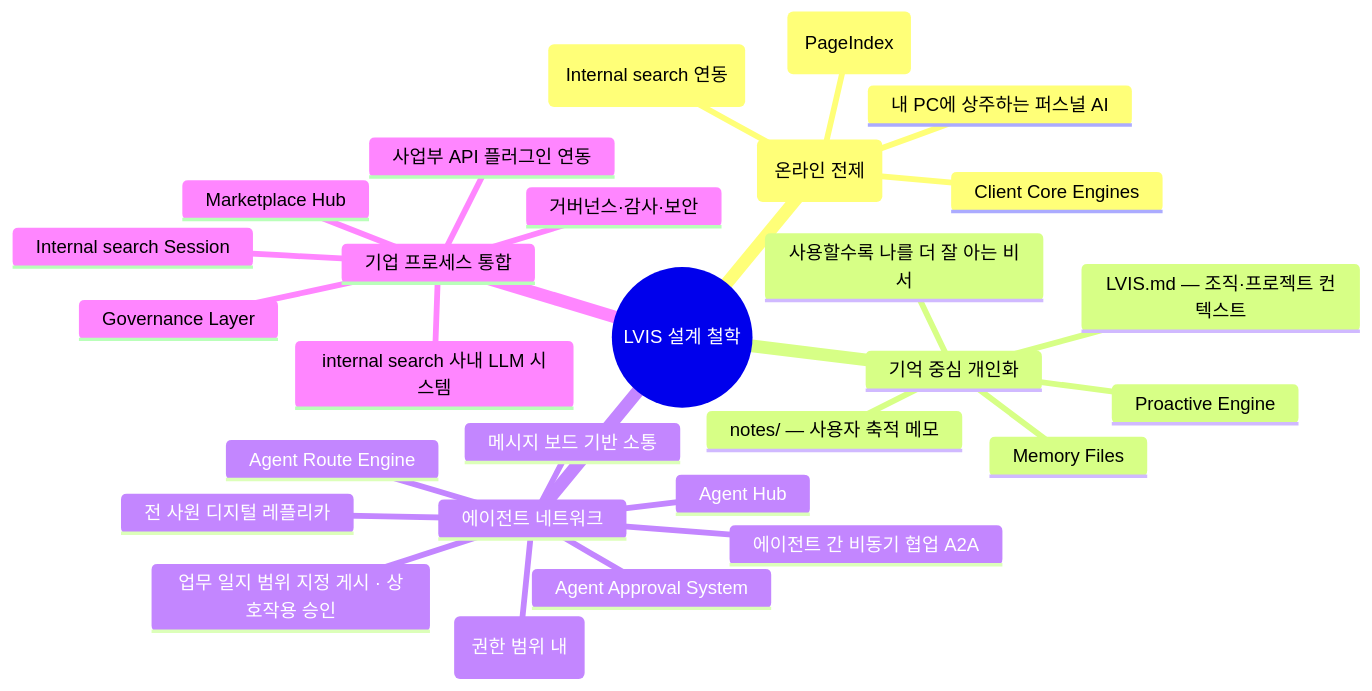
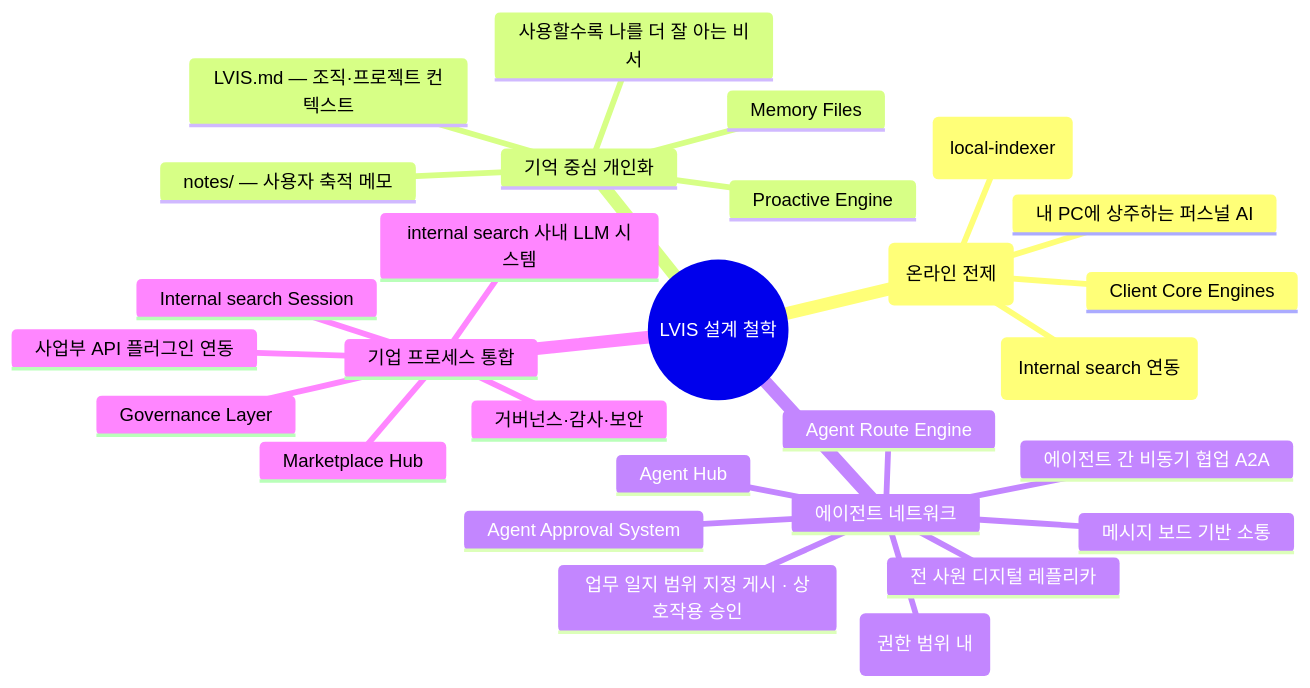
The first of 45 diagrams in docs/architecture/architecture.md (lvis-project/lvis-app), drawn with Mermaid before and after one commit. The commit also changed other lines of this file and 16 other files, not shown here.

First line of the commit message:
refactor: rename plugin references pageindex → local-indexer (#504)

````diff
--- a/docs/architecture/architecture.md
+++ b/docs/architecture/architecture.md
@@ -45,31 +45,31 @@
 ```mermaid
 mindmap
   root((LVIS 설계 철학))
     설치형·로컬 기반 (온라인 전제)
       내 PC에 상주하는 퍼스널 AI
       로컬 문서·파일 인덱싱 (Internal search 연동)
-      Local Index Engine (PageIndex)
+      Local Index Engine (local-indexer)
       Client Core Engines
     기억 중심 개인화
       LVIS.md — 조직·프로젝트 컨텍스트
       notes/ — 사용자 축적 메모
       사용할수록 나를 더 잘 아는 비서
       Memory Files
       Proactive Engine
     에이전트 네트워크
       전 사원 디지털 레플리카
       에이전트 간 비동기 협업 A2A
       메시지 보드 기반 소통
       업무 일지 범위 지정 게시 · 상호작용 승인
       Hub 수시 열람 - 집단 지성 (권한 범위 내)
       Agent Hub
       Agent Route Engine
       Agent Approval System
     기업 프로세스 통합
       internal search 사내 LLM 시스템
       사업부 API 플러그인 연동
       거버넌스·감사·보안
       Internal search Session
       Marketplace Hub
       Governance Layer
 ```
````
